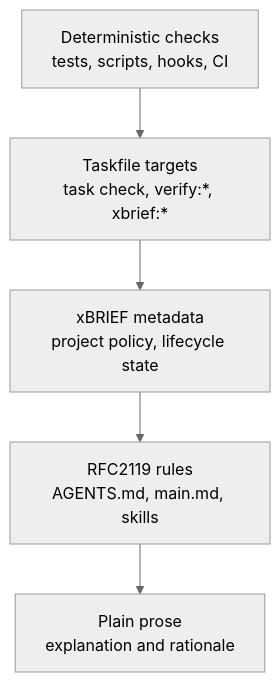
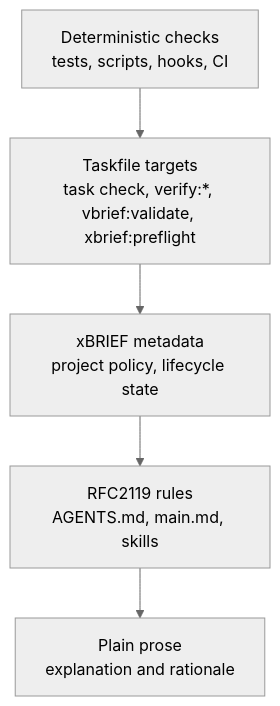
Before and after one commit to deftai/directive: the second of 7 diagrams in docs/ARCHITECTURE.md, drawn with Mermaid (neutral theme). The commit also changed other lines of this file and 3 other files, not shown here.

````diff
--- a/docs/ARCHITECTURE.md
+++ b/docs/ARCHITECTURE.md
@@ -57,7 +57,7 @@
 ```mermaid
 flowchart TD
-    D["Deterministic checks<br/>tests, scripts, hooks, CI"] --> T["Taskfile targets<br/>task check, verify:*, xbrief:*"]
+    D["Deterministic checks<br/>tests, scripts, hooks, CI"] --> T["Taskfile targets<br/>task check, verify:*, vbrief:validate, xbrief:preflight"]
     T --> V["xBRIEF metadata<br/>project policy, lifecycle state"]
     V --> R["RFC2119 rules<br/>AGENTS.md, main.md, skills"]
     R --> P["Plain prose<br/>explanation and rationale"]
 ```
````
